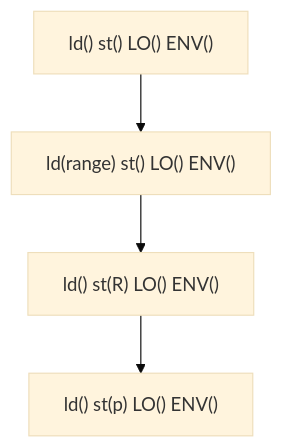
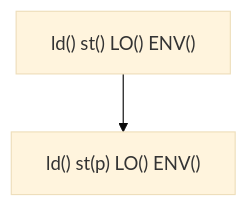
The first of 6 diagrams in zlib_optimizer/graph.md (Yosshi999/ARCGolfVisualizer), drawn with Mermaid (base theme) before and after one commit. The commit also changed other lines of this file and 1 other file, not shown here.

````diff
--- a/zlib_optimizer/graph.md
+++ b/zlib_optimizer/graph.md
@@ -13,10 +12,6 @@
 ```mermaid
 graph TB
-  N1886106509456["ld() st() LO() ENV()"]
-  N1886106509456 --> N1886106508880
-  N1886106508880["ld(range) st() LO() ENV()"]
-  N1886106508880 --> N1886106508944
-  N1886106508944["ld() st(R) LO() ENV()"]
-  N1886106508944 --> N1886106508752
-  N1886106508752["ld() st(p) LO() ENV()"]
+  N2789306630928["ld() st() LO() ENV()"]
+  N2789306630928 --> N2789306632400
+  N2789306632400["ld() st(p) LO() ENV()"]
 ```
````
